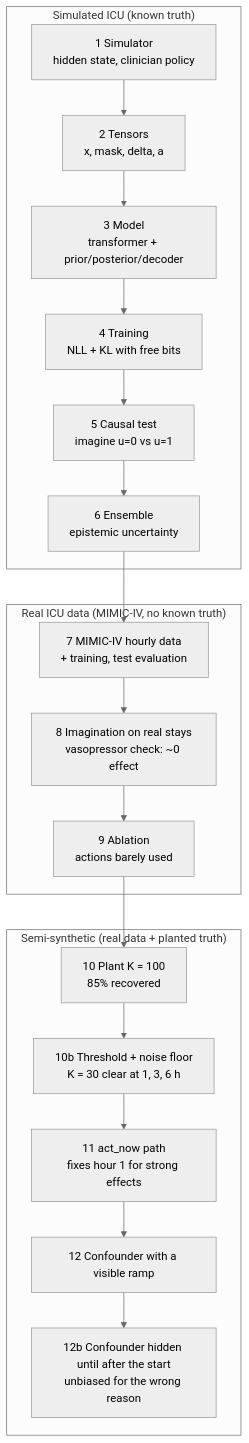
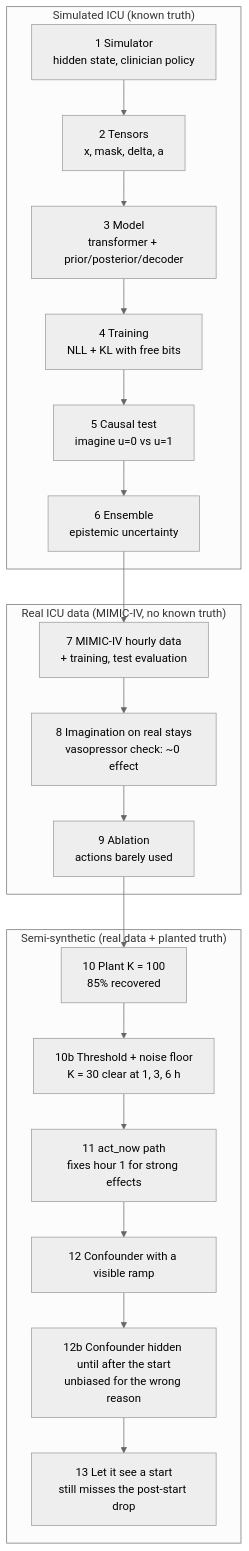
One commit to seyedhasanmirhoseini1367/icu-world-model changed the first of 3 diagrams in docs/JOURNEY.md. Above: the diagram before and after it, drawn with Mermaid (neutral theme). The commit also changed other lines of this file and 4 other files, not shown here.

First line of the commit message:
Stage 13 results: act_delta does not make the model predict the post-start hour

````diff
--- a/docs/JOURNEY.md
+++ b/docs/JOURNEY.md
@@ -10,22 +10,23 @@
 ```mermaid
 flowchart TD
     subgraph SIM["Simulated ICU (known truth)"]
         S1["1 Simulator<br/>hidden state, clinician policy"] --> S2["2 Tensors<br/>x, mask, delta, a"]
         S2 --> S3["3 Model<br/>transformer + prior/posterior/decoder"]
         S3 --> S4["4 Training<br/>NLL + KL with free bits"]
         S4 --> S5["5 Causal test<br/>imagine u=0 vs u=1"]
         S5 --> S6["6 Ensemble<br/>epistemic uncertainty"]
     end
     subgraph REAL["Real ICU data (MIMIC-IV, no known truth)"]
         S7["7 MIMIC-IV hourly data<br/>+ training, test evaluation"] --> S8["8 Imagination on real stays<br/>vasopressor check: ~0 effect"]
         S8 --> S9["9 Ablation<br/>actions barely used"]
     end
     subgraph SEMI["Semi-synthetic (real data + planted truth)"]
         S10["10 Plant K = 100<br/>85% recovered"] --> S10b["10b Threshold + noise floor<br/>K = 30 clear at 1, 3, 6 h"]
         S10b --> S11["11 act_now path<br/>fixes hour 1 for strong effects"]
         S11 --> S12["12 Confounder with a visible ramp"]
         S12 --> S12b["12b Confounder hidden until after the start<br/>unbiased for the wrong reason"]
+        S12b --> S13["13 Let it see a start<br/>still misses the post-start drop"]
     end
     S6 --> S7
     S9 --> S10
 ```
````
